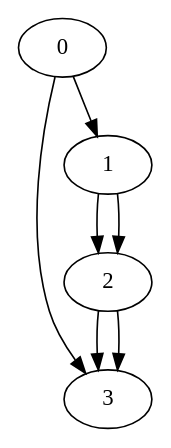
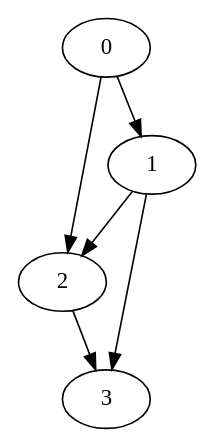
The diagram in dot/graph04b.txt.dot (nox-x/finder), drawn with Graphviz before and after one commit. The commit also changed 23 other files, not shown here.

```diff
--- a/dot/graph04b.txt.dot
+++ b/dot/graph04b.txt.dot
@@ -1,6 +1,7 @@
 digraph G {
-0 -> 3
-0 -> 1 -> 2
-1 -> 2 -> 3
+0 -> 1
+0 -> 2
+1 -> 2
+1 -> 3
 2 -> 3
-3}
+}
```
